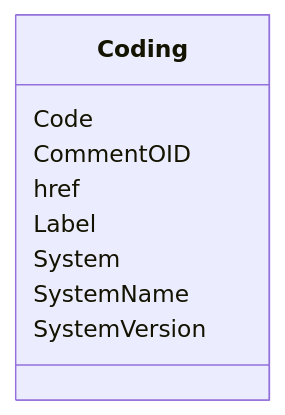
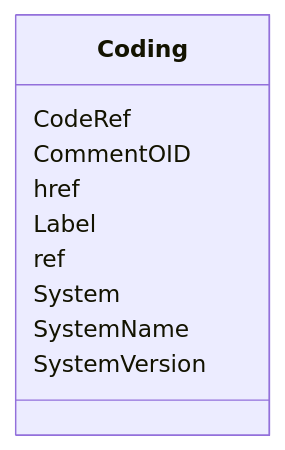
Before and after one commit to cdisc-org/DataExchange-ODM-LinkML: the diagram in docs/Coding.md, drawn with Mermaid. The commit also changed other lines of this file and 398 other files, not shown here.

Commit message:
refreshing for latest updates to schema

````diff
--- a/docs/Coding.md
+++ b/docs/Coding.md
@@ -9,19 +9,21 @@
 ```mermaid
  classDiagram
     class Coding
-      Coding : Code
+      Coding : CodeRef
         
       Coding : CommentOID
         
       Coding : href
         
       Coding : Label
+        
+      Coding : ref
         
       Coding : System
         
       Coding : SystemName
         
       Coding : SystemVersion
         
       
 ```
````
